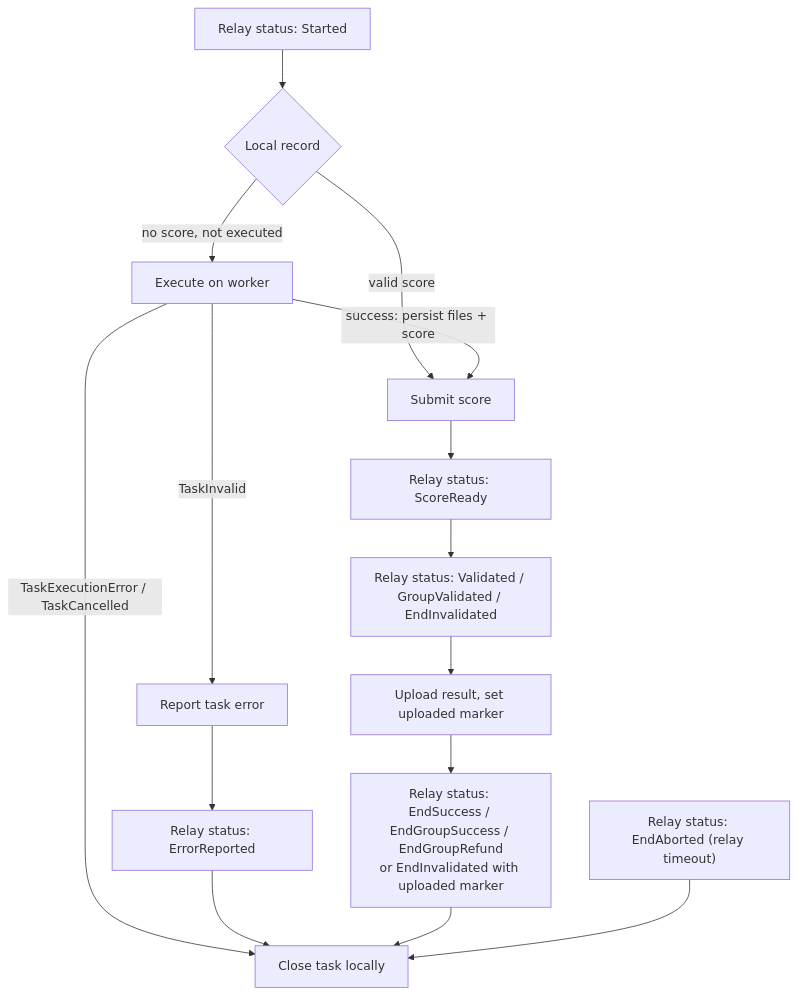
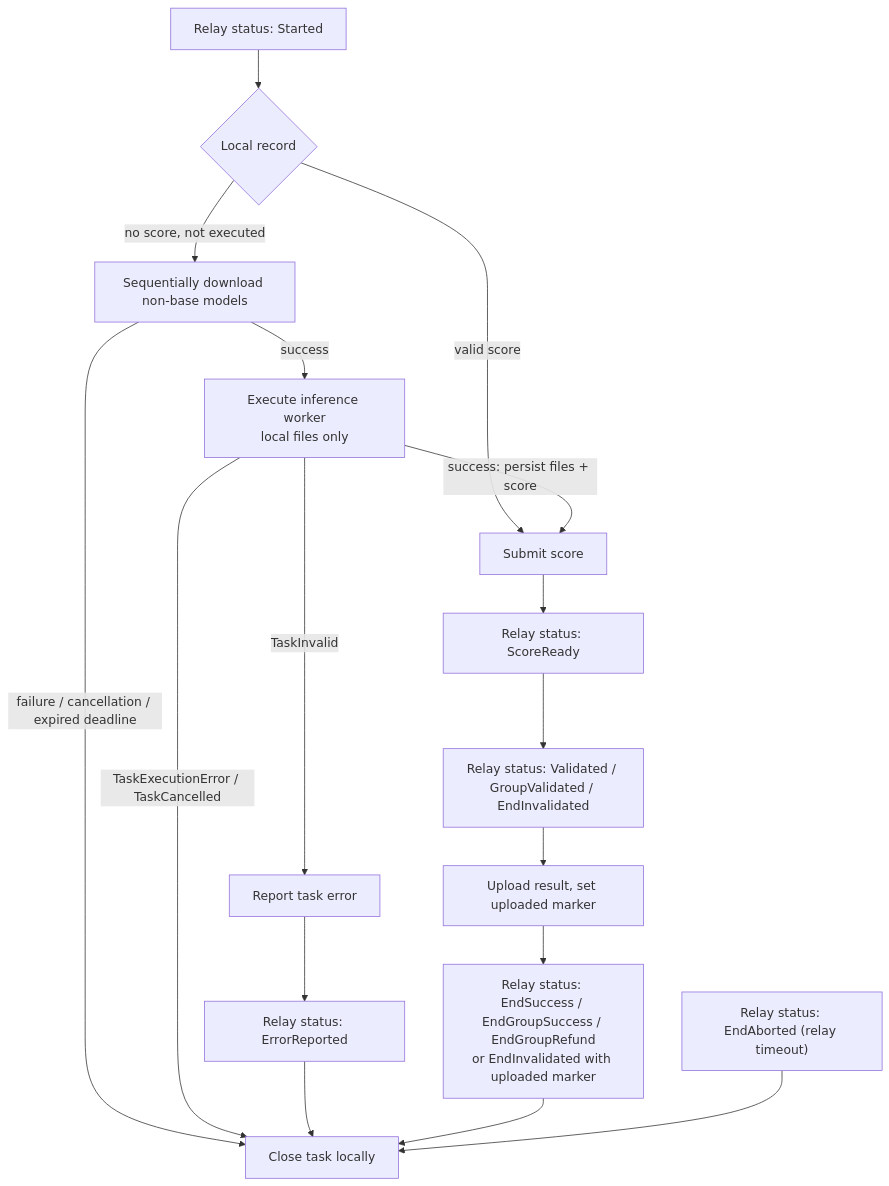
One commit to crynux-network/crynux-node changed the diagram in docs/task-lifecycle.md. Above: the diagram before and after it, drawn with Mermaid. The commit also changed other lines of this file and 9 other files, not shown here.

Commit message:
feat. Download non-base models using worker process before task start

````diff
--- a/docs/task-lifecycle.md
+++ b/docs/task-lifecycle.md
@@ -85,17 +95,19 @@
 ```mermaid
 flowchart TD
     started["Relay status: Started"] --> exec{Local record}
-    exec -->|no score, not executed| run[Execute on worker]
+    exec -->|no score, not executed| download[Sequentially download non-base models]
     exec -->|valid score| submit[Submit score]
 
+    download -->|success| run[Execute inference worker<br/>local files only]
+    download -->|failure / cancellation / expired deadline| closed
     run -->|success: persist files + score| submit
     run -->|TaskInvalid| report[Report task error]
     run -->|TaskExecutionError / TaskCancelled| closed[Close task locally]
 
     report --> errReported["Relay status: ErrorReported"] --> closed
     submit --> scoreReady["Relay status: ScoreReady"] --> validated["Relay status: Validated / GroupValidated / EndInvalidated"]
     validated --> upload[Upload result, set uploaded marker]
     upload --> terminal["Relay status: EndSuccess / EndGroupSuccess / EndGroupRefund<br/>or EndInvalidated with uploaded marker"]
     terminal --> closed
     aborted["Relay status: EndAborted (relay timeout)"] --> closed
 ```
````
